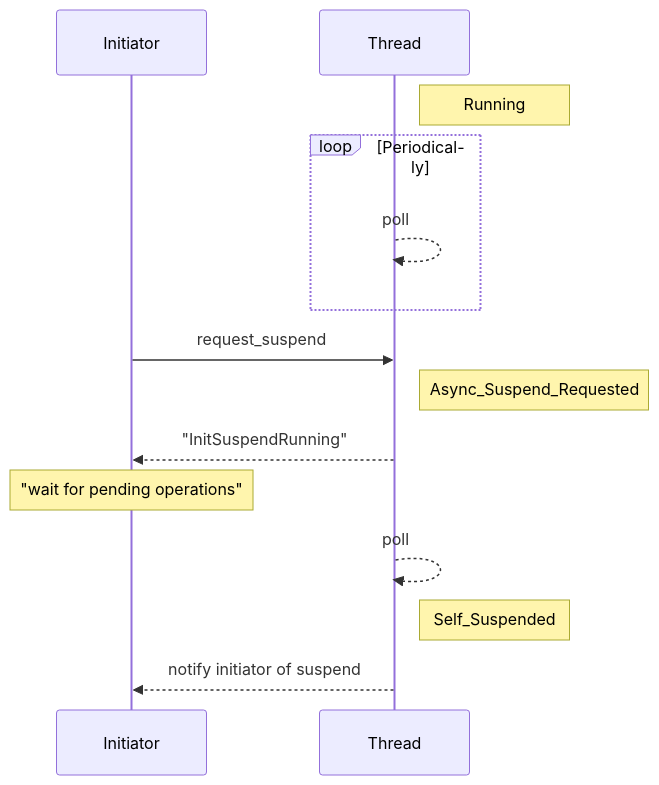
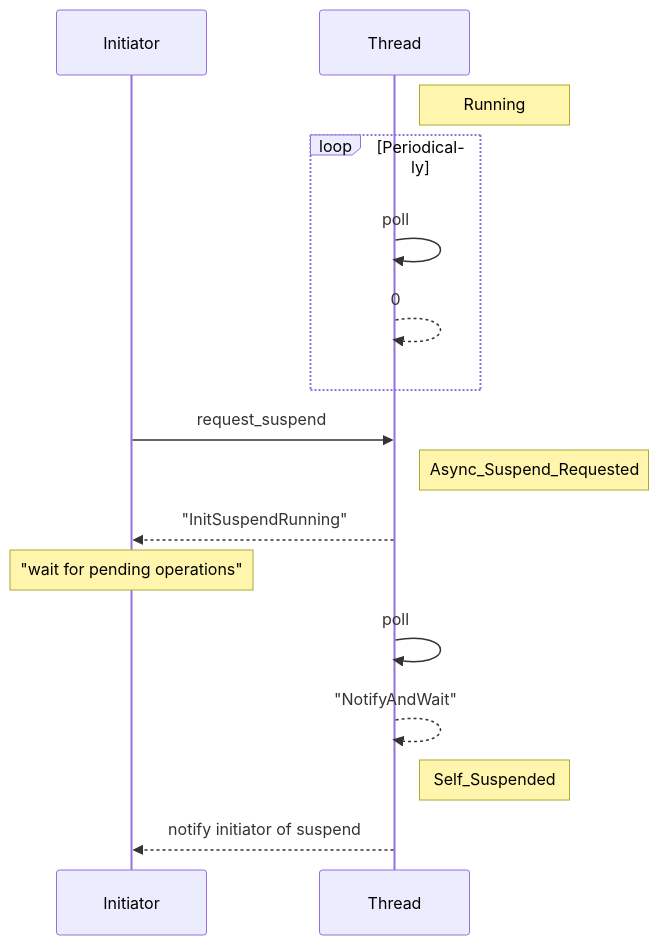
The sixth of 13 diagrams in docs/design/mono/mono-thread-state-machine.md (dotnet/runtime), drawn with Mermaid before and after one commit. The commit also changed other lines of this file, not shown here.

````diff
--- a/docs/design/mono/mono-thread-state-machine.md
+++ b/docs/design/mono/mono-thread-state-machine.md
@@ -225,16 +224,18 @@
 ```mermaid
 sequenceDiagram
 participant Initiator
 participant Thread
 Note right of Thread: Running
 loop Periodically
-  Thread-->>Thread: poll
+  Thread->>Thread: poll
+  Thread-->>Thread: 0
 end
 Initiator->>Thread: request_suspend
 Note right of Thread: Async_Suspend_Requested
 Thread-->>Initiator: "InitSuspendRunning"
 Note over Initiator: "wait for pending operations"
-Thread-->>Thread: poll
+Thread->>Thread: poll
+Thread-->>Thread: "NotifyAndWait"
 Note right of Thread: Self_Suspended
 Thread-->>Initiator: notify initiator of suspend
 ```
````
